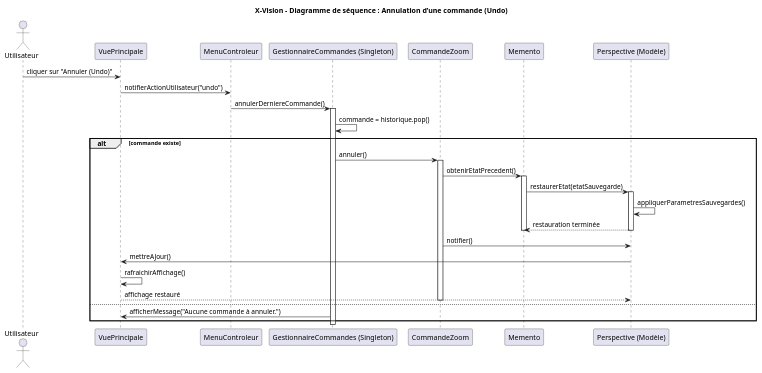
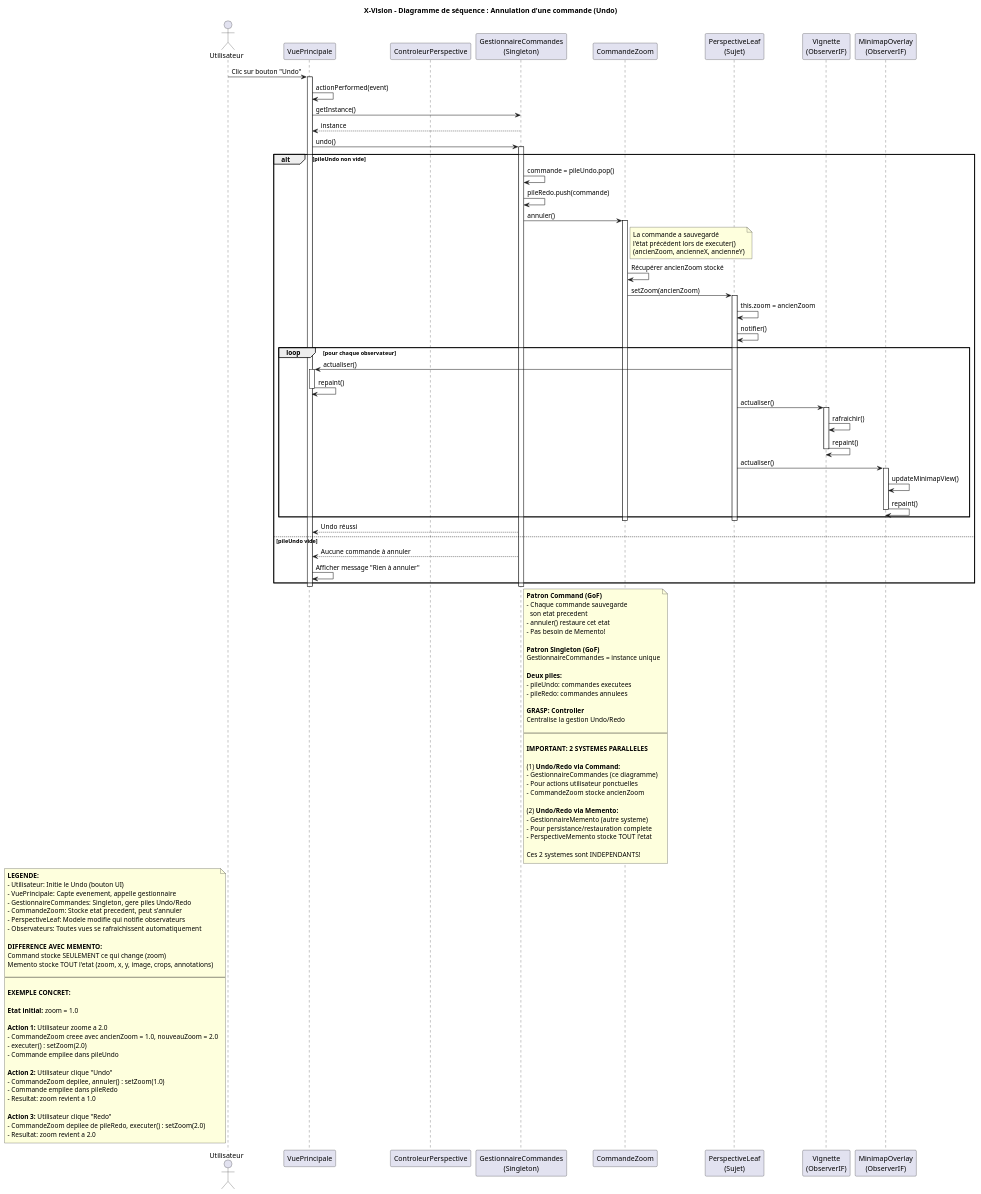
The diagram in docs/diagramme_sequence_undo.puml (antoinemailhot/X-Vision), drawn with PlantUML before and after one commit. The commit also changed 29 other files, not shown here.

```diff
--- a/docs/diagramme_sequence_undo.puml
+++ b/docs/diagramme_sequence_undo.puml
@@ -1,65 +1,160 @@
 @startuml
 ' =====================================================
-' DIAGRAMME DE SÉQUENCE - ANNULATION D’UNE COMMANDE
+' DIAGRAMME DE SÉQUENCE - ANNULATION D'UNE COMMANDE
 ' Projet : X-Vision
-' Auteur : Antoine Mailhot & Micaël Racine-Leblanc 
-' Description : Représente le processus d’annulation (Undo)
-'               d’une commande exécutée (ex : Zoom)
+' Auteur : Antoine Mailhot & Micaël Racine-Leblanc
+' Description : Représente le processus d'annulation (Undo)
+'               d'une commande exécutée (ex : Zoom)
 ' =====================================================
 
-title X-Vision - Diagramme de séquence : Annulation d’une commande (Undo)
+title X-Vision - Diagramme de séquence : Annulation d'une commande (Undo)
 
 actor Utilisateur as U
 participant "VuePrincipale" as V
-participant "MenuControleur" as C
-participant "GestionnaireCommandes (Singleton)" as G
+participant "ControleurPerspective" as C
+participant "GestionnaireCommandes\n(Singleton)" as G
 participant "CommandeZoom" as Z
-participant "Memento" as M
-participant "Perspective (Modèle)" as P
+participant "PerspectiveLeaf\n(Sujet)" as P
+participant "Vignette\n(ObserverIF)" as Vignette
+participant "MinimapOverlay\n(ObserverIF)" as MM
 
 ' =====================================================
-' SCÉNARIO : L’utilisateur demande un Undo
+' SCÉNARIO : L'utilisateur clique sur bouton "Undo"
 ' =====================================================
 
-U -> V : cliquer sur "Annuler (Undo)"
-V -> C : notifierActionUtilisateur("undo")
-C -> G : annulerDerniereCommande()
+U -> V : Clic sur bouton "Undo"
+activate V
+V -> V : actionPerformed(event)
+V -> G : getInstance()
+G --> V : instance
 
-' --- Vérification historique ---
+V -> G : undo()
 activate G
-G -> G : commande = historique.pop()
-alt commande existe
+
+' --- Vérification pile Undo ---
+alt pileUndo non vide
+    G -> G : commande = pileUndo.pop()
+    G -> G : pileRedo.push(commande)
+
     G -> Z : annuler()
     activate Z
 
-    ' --- Restauration via Memento ---
-    Z -> M : obtenirEtatPrecedent()
-    activate M
-    M -> P : restaurerEtat(etatSauvegarde)
+    ' --- Restauration état précédent ---
+    note right of Z
+        La commande a sauvegardé
+        l'état précédent lors de executer()
+        (ancienZoom, ancienneX, ancienneY)
+    end note
+
+    Z -> Z : Récupérer ancienZoom stocké
+    Z -> P : setZoom(ancienZoom)
     activate P
-    P -> P : appliquerParametresSauvegardes()
-    P --> M : restauration terminée
+
+    P -> P : this.zoom = ancienZoom
+    P -> P : notifier()
+
+    ' --- Notification des observateurs ---
+    loop pour chaque observateur
+        P -> V : actualiser()
+        activate V
+        V -> V : repaint()
+        deactivate V
+
+        P -> Vignette : actualiser()
+        activate Vignette
+        Vignette -> Vignette : rafraichir()
+        Vignette -> Vignette : repaint()
+        deactivate Vignette
+
+        P -> MM : actualiser()
+        activate MM
+        MM -> MM : updateMinimapView()
+        MM -> MM : repaint()
+        deactivate MM
+    end
+
     deactivate P
-    deactivate M
+    deactivate Z
 
-    ' --- Notification des vues abonnées ---
-    Z -> P : notifier()
-    P -> V : mettreAJour()
-    V -> V : rafraichirAffichage()
-    V --> P : affichage restauré
+    G --> V : Undo réussi
 
-    deactivate Z
-else
-    G -> V : afficherMessage("Aucune commande à annuler.")
+else pileUndo vide
+    G --> V : Aucune commande à annuler
+    V -> V : Afficher message "Rien à annuler"
 end
+
 deactivate G
+deactivate V
+
+note right of G
+    **Patron Command (GoF)**
+    - Chaque commande sauvegarde
+      son etat precedent
+    - annuler() restaure cet etat
+    - Pas besoin de Memento!
+
+    **Patron Singleton (GoF)**
+    GestionnaireCommandes = instance unique
+
+    **Deux piles:**
+    - pileUndo: commandes executees
+    - pileRedo: commandes annulees
+
+    **GRASP: Controller**
+    Centralise la gestion Undo/Redo
+
+    ----
+
+    **IMPORTANT: 2 SYSTEMES PARALLELES**
+
+    (1) **Undo/Redo via Command:**
+    - GestionnaireCommandes (ce diagramme)
+    - Pour actions utilisateur ponctuelles
+    - CommandeZoom stocke ancienZoom
+
+    (2) **Undo/Redo via Memento:**
+    - GestionnaireMemento (autre systeme)
+    - Pour persistance/restauration complete
+    - PerspectiveMemento stocke TOUT l'etat
+
+    Ces 2 systemes sont INDEPENDANTS!
+end note
 
 ' =====================================================
-' LÉGENDE :
-'  - GestionnaireCommandes : centralise les historiques de commandes
-'  - CommandeZoom : contient le lien vers un Memento (état précédent)
-'  - Memento : capture et restaure l’état d’un objet (ici Perspective)
-'  - Perspective : modèle dont l’état est restauré
+' LEGENDE
 ' =====================================================
+note left of U
+    **LEGENDE:**
+    - Utilisateur: Initie le Undo (bouton UI)
+    - VuePrincipale: Capte evenement, appelle gestionnaire
+    - GestionnaireCommandes: Singleton, gere piles Undo/Redo
+    - CommandeZoom: Stocke etat precedent, peut s'annuler
+    - PerspectiveLeaf: Modele modifie qui notifie observateurs
+    - Observateurs: Toutes vues se rafraichissent automatiquement
+
+    **DIFFERENCE AVEC MEMENTO:**
+    Command stocke SEULEMENT ce qui change (zoom)
+    Memento stocke TOUT l'etat (zoom, x, y, image, crops, annotations)
+
+    ----
+
+    **EXEMPLE CONCRET:**
+
+    **Etat initial:** zoom = 1.0
+
+    **Action 1:** Utilisateur zoome a 2.0
+    - CommandeZoom creee avec ancienZoom = 1.0, nouveauZoom = 2.0
+    - executer() : setZoom(2.0)
+    - Commande empilee dans pileUndo
+
+    **Action 2:** Utilisateur clique "Undo"
+    - CommandeZoom depilee, annuler() : setZoom(1.0)
+    - Commande empilee dans pileRedo
+    - Resultat: zoom revient a 1.0
+
+    **Action 3:** Utilisateur clique "Redo"
+    - CommandeZoom depilee de pileRedo, executer() : setZoom(2.0)
+    - Resultat: zoom revient a 2.0
+end note
 
 @enduml
```
